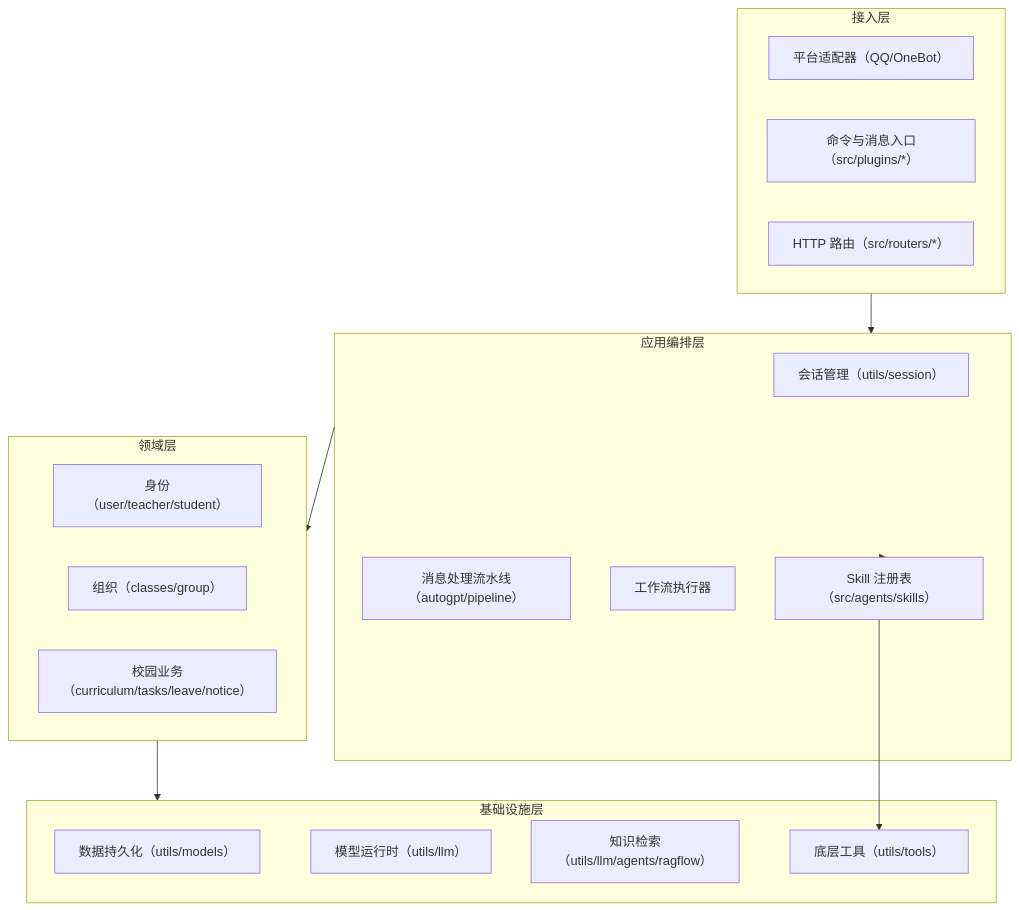
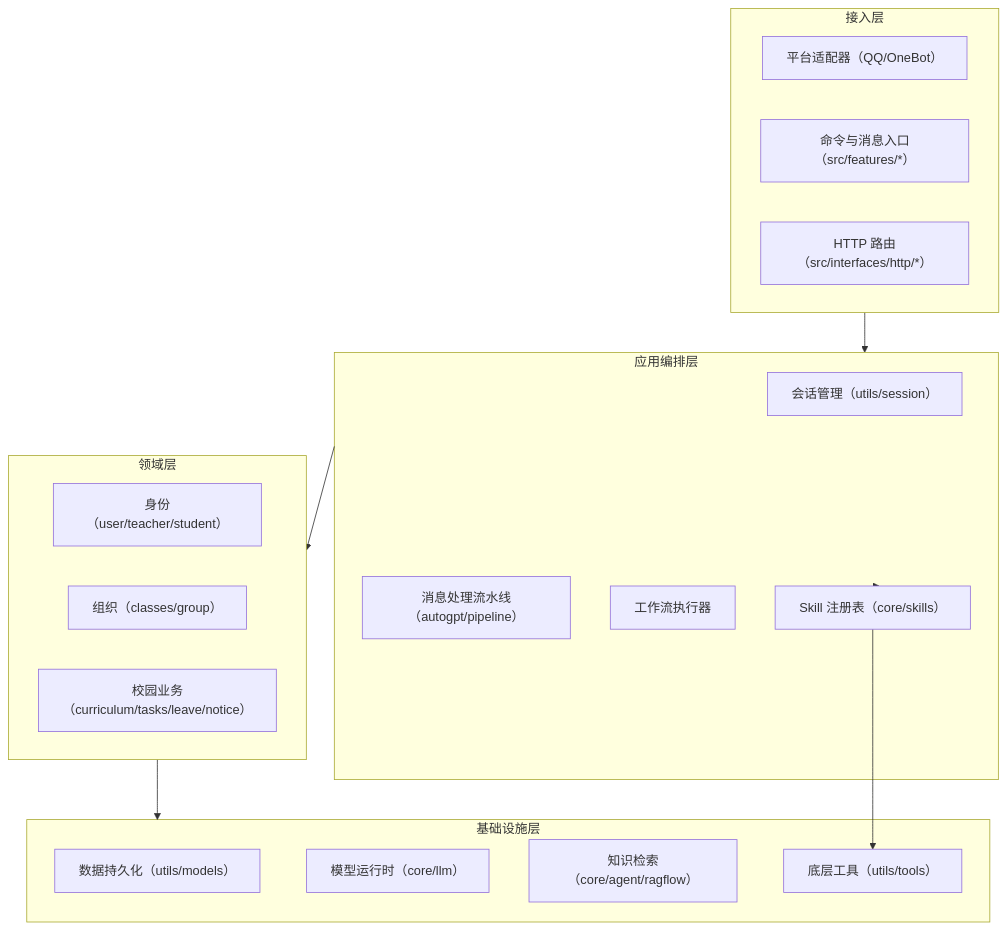
One commit to ClassRobot/ClassRobot changed the second of 5 diagrams in docs/architecture/architecture-views.md. Above: the diagram before and after it, drawn with Mermaid. The commit also changed other lines of this file and 319 other files, not shown here.

````diff
--- a/docs/architecture/architecture-views.md
+++ b/docs/architecture/architecture-views.md
@@ -37,34 +37,34 @@
 ```mermaid
 flowchart TB
     subgraph Interface["接入层"]
         Adapters["平台适配器（QQ/OneBot）"]
-        Matchers["命令与消息入口（src/plugins/*）"]
-        Routers["HTTP 路由（src/routers/*）"]
+        Matchers["命令与消息入口（src/features/*）"]
+        Routers["HTTP 路由（src/interfaces/http/*）"]
     end
 
     subgraph Orchestrator["应用编排层"]
         Session["会话管理（utils/session）"]
         Pipeline["消息处理流水线（autogpt/pipeline）"]
         Workflow["工作流执行器"]
-        SkillReg["Skill 注册表（src/agents/skills）"]
+        SkillReg["Skill 注册表（core/skills）"]
     end
 
     subgraph Domain["领域层"]
         Identity["身份（user/teacher/student）"]
         Org["组织（classes/group）"]
         Campus["校园业务（curriculum/tasks/leave/notice）"]
     end
 
     subgraph Infra["基础设施层"]
         ORM["数据持久化（utils/models）"]
-        LLMRuntime["模型运行时（utils/llm）"]
-        RagClient["知识检索（utils/llm/agents/ragflow）"]
+        LLMRuntime["模型运行时（core/llm）"]
+        RagClient["知识检索（core/agent/ragflow）"]
         Tools["底层工具（utils/tools）"]
     end
 
     Interface --> Orchestrator
     Orchestrator --> Domain
     Orchestrator --> SkillReg
     Domain --> Infra
     SkillReg --> Tools
 ```
````
